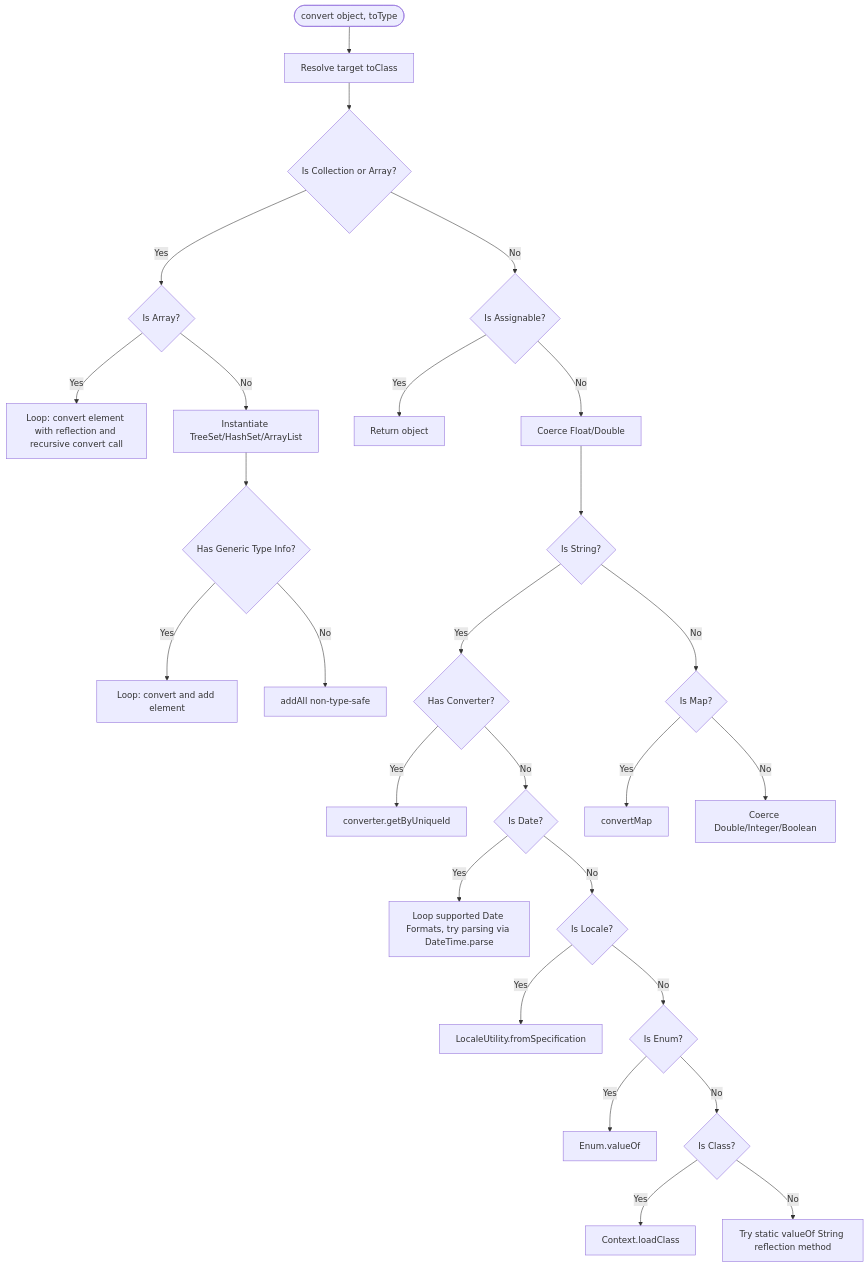
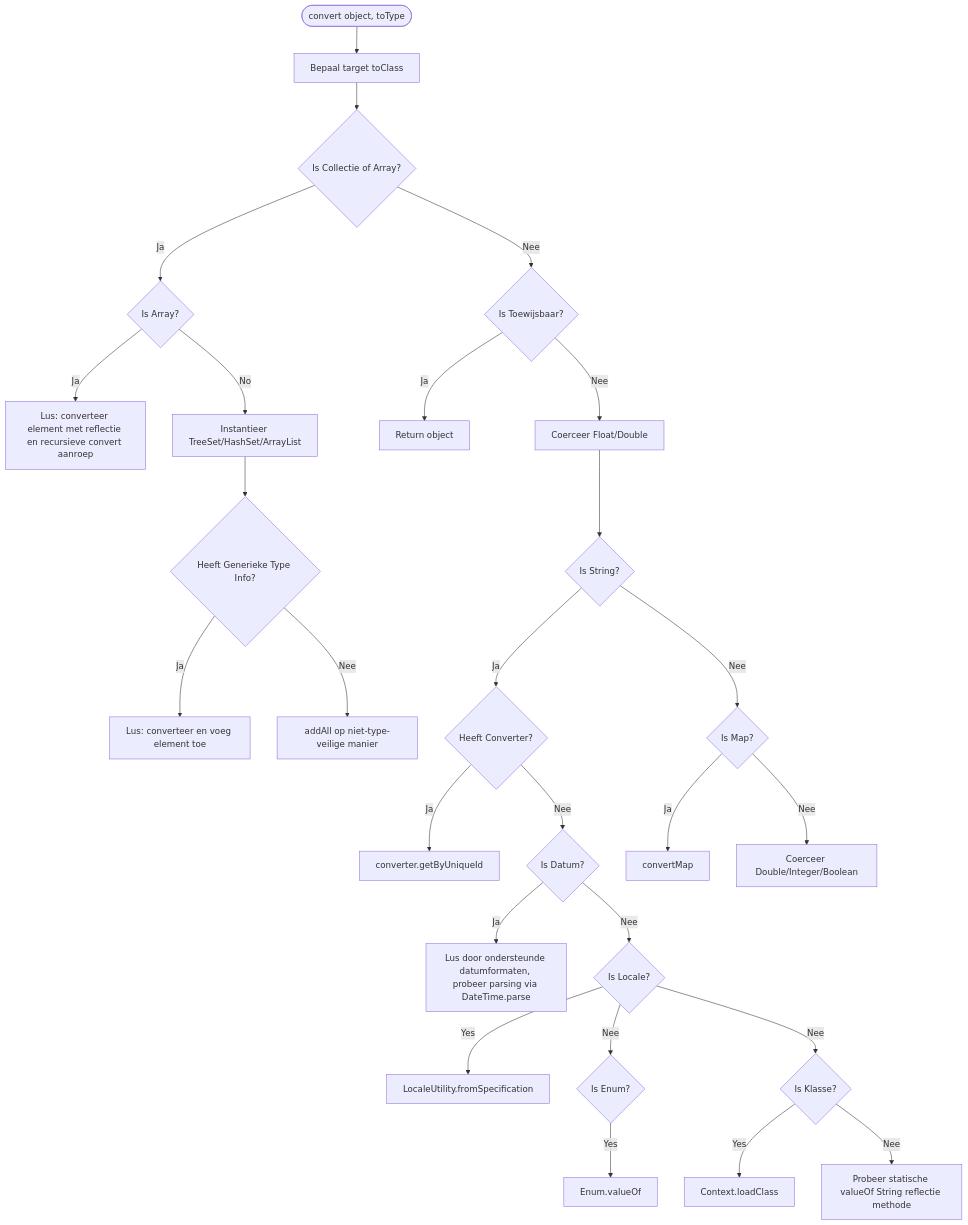
The second of 4 diagrams in docs/Altered Design/design.md (OpenMRSenger/openmrs-module-webservices.rest), drawn with Mermaid before and after one commit. The commit also changed other lines of this file and 2 other files, not shown here.

````diff
--- a/docs/Altered Design/design.md
+++ b/docs/Altered Design/design.md
@@ -25,33 +25,33 @@
 ```mermaid
 flowchart TD
-    Start([convert object, toType]) --> ResolveClass[Resolve target toClass]
-    ResolveClass --> CheckCollection{Is Collection or Array?}
+    Start([convert object, toType]) --> ResolveClass[Bepaal target toClass]
+    ResolveClass --> CheckCollection{Is Collectie of Array?}
     
-    CheckCollection -- Yes --> CheckArray{Is Array?}
-    CheckArray -- Yes --> ConvertArrayLoop[Loop: convert element with reflection and recursive convert call]
-    CheckArray -- No --> TypeCollection[Instantiate TreeSet/HashSet/ArrayList]
-    TypeCollection --> CheckParam{Has Generic Type Info?}
-    CheckParam -- Yes --> LoopGeneric[Loop: convert and add element]
-    CheckParam -- No --> AddAll[addAll non-type-safe]
+    CheckCollection -- Ja --> CheckArray{Is Array?}
+    CheckArray -- Ja --> ConvertArrayLoop[Lus: converteer element met reflectie en recursieve convert aanroep]
+    CheckArray -- No --> TypeCollection[Instantieer TreeSet/HashSet/ArrayList]
+    TypeCollection --> CheckParam{Heeft Generieke Type Info?}
+    CheckParam -- Ja --> LoopGeneric[Lus: converteer en voeg element toe]
+    CheckParam -- Nee --> AddAll[addAll op niet-type-veilige manier]
     
-    CheckCollection -- No --> CheckAssign{Is Assignable?}
-    CheckAssign -- Yes --> RetObj[Return object]
-    CheckAssign -- No --> CoerceFloat[Coerce Float/Double]
+    CheckCollection -- Nee --> CheckAssign{Is Toewijsbaar?}
+    CheckAssign -- Ja --> RetObj[Return object]
+    CheckAssign -- Nee --> CoerceFloat[Coerceer Float/Double]
     CoerceFloat --> CheckStr{Is String?}
     
-    CheckStr -- Yes --> FindConverter{Has Converter?}
-    FindConverter -- Yes --> GetById[converter.getByUniqueId]
-    FindConverter -- No --> CheckDate{Is Date?}
-    CheckDate -- Yes --> DateLoop[Loop supported Date Formats, try parsing via DateTime.parse]
-    CheckDate -- No --> CheckLocale{Is Locale?}
+    CheckStr -- Ja --> FindConverter{Heeft Converter?}
+    FindConverter -- Ja --> GetById[converter.getByUniqueId]
+    FindConverter -- Nee --> CheckDate{Is Datum?}
+    CheckDate -- Ja --> DateLoop[Lus door ondersteunde datumformaten, probeer parsing via DateTime.parse]
+    CheckDate -- Nee --> CheckLocale{Is Locale?}
     CheckLocale -- Yes --> LocaleUtility[LocaleUtility.fromSpecification]
-    CheckLocale -- No --> CheckEnum{Is Enum?}
+    CheckLocale -- Nee --> CheckEnum{Is Enum?}
     CheckEnum -- Yes --> EnumValue[Enum.valueOf]
-    CheckEnum -- No --> CheckClass{Is Class?}
+    CheckLocale -- Nee --> CheckClass{Is Klasse?}
     CheckClass -- Yes --> ContextLoad[Context.loadClass]
-    CheckClass -- No --> ValueOf[Try static valueOf String reflection method]
+    CheckClass -- Nee --> ValueOf[Probeer statische valueOf String reflectie methode]
     
-    CheckStr -- No --> CheckMap{Is Map?}
-    CheckMap -- Yes --> ConvertMap[convertMap]
-    CheckMap -- No --> CoerceNum[Coerce Double/Integer/Boolean]
+    CheckStr -- Nee --> CheckMap{Is Map?}
+    CheckMap -- Ja --> ConvertMap[convertMap]
+    CheckMap -- Nee --> CoerceNum[Coerceer Double/Integer/Boolean]
 ```
````
